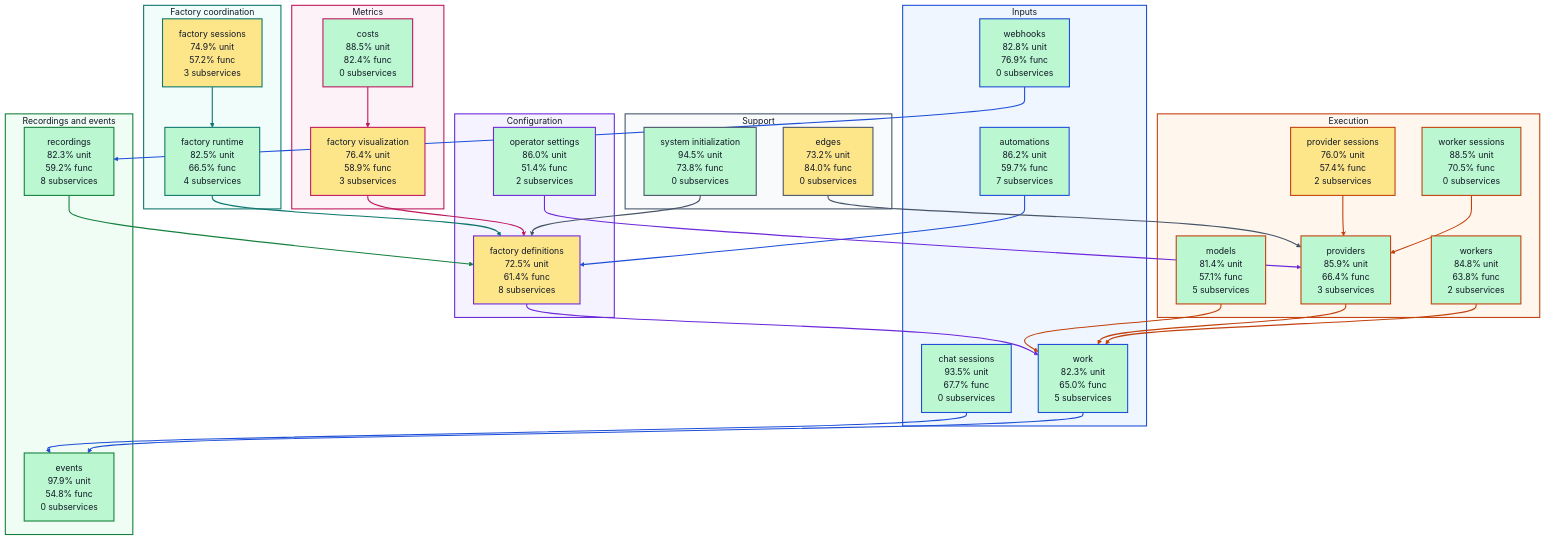
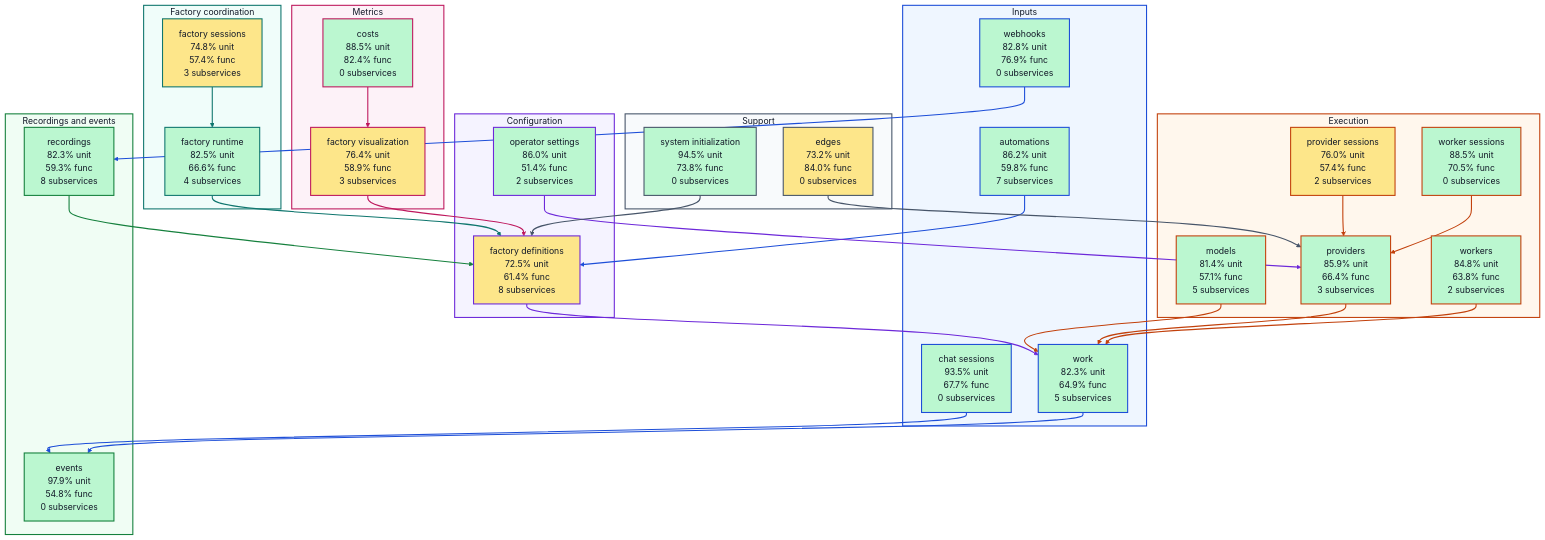
The diagram in docs/architecture/visualizations/high-level-test-coverage.md (portpowered/you-agent-factory), drawn with Mermaid before and after one commit. The commit also changed other lines of this file and 20 other files, not shown here.

Commit message:
docs: refresh backend architecture visualizations

````diff
--- a/docs/architecture/visualizations/high-level-test-coverage.md
+++ b/docs/architecture/visualizations/high-level-test-coverage.md
@@ -11,18 +11,18 @@
 ```mermaid
 flowchart TB
   subgraph input["Inputs"]
-    s_services_automations["automations<br/>86.2% unit<br/>59.7% func<br/>7 subservices"]
+    s_services_automations["automations<br/>86.2% unit<br/>59.8% func<br/>7 subservices"]
     s_services_chat_sessions["chat sessions<br/>93.5% unit<br/>67.7% func<br/>0 subservices"]
     s_services_webhooks["webhooks<br/>82.8% unit<br/>76.9% func<br/>0 subservices"]
-    s_services_work["work<br/>82.3% unit<br/>65.0% func<br/>5 subservices"]
+    s_services_work["work<br/>82.3% unit<br/>64.9% func<br/>5 subservices"]
   end
   subgraph configuration["Configuration"]
     s_services_factory_definitions["factory definitions<br/>72.5% unit<br/>61.4% func<br/>8 subservices"]
     s_services_operator_settings["operator settings<br/>86.0% unit<br/>51.4% func<br/>2 subservices"]
   end
   subgraph coordination["Factory coordination"]
-    s_services_factory_runtime["factory runtime<br/>82.5% unit<br/>66.5% func<br/>4 subservices"]
-    s_services_factory_sessions["factory sessions<br/>74.9% unit<br/>57.2% func<br/>3 subservices"]
+    s_services_factory_runtime["factory runtime<br/>82.5% unit<br/>66.6% func<br/>4 subservices"]
+    s_services_factory_sessions["factory sessions<br/>74.8% unit<br/>57.4% func<br/>3 subservices"]
   end
   subgraph execution["Execution"]
     s_services_models["models<br/>81.4% unit<br/>57.1% func<br/>5 subservices"]
@@ -33,7 +33,7 @@
   end
   subgraph recordings["Recordings and events"]
     s_services_events["events<br/>97.9% unit<br/>54.8% func<br/>0 subservices"]
-    s_services_recordings["recordings<br/>82.3% unit<br/>59.2% func<br/>8 subservices"]
+    s_services_recordings["recordings<br/>82.3% unit<br/>59.3% func<br/>8 subservices"]
   end
   subgraph metrics["Metrics"]
     s_services_costs["costs<br/>88.5% unit<br/>82.4% func<br/>0 subservices"]
````
